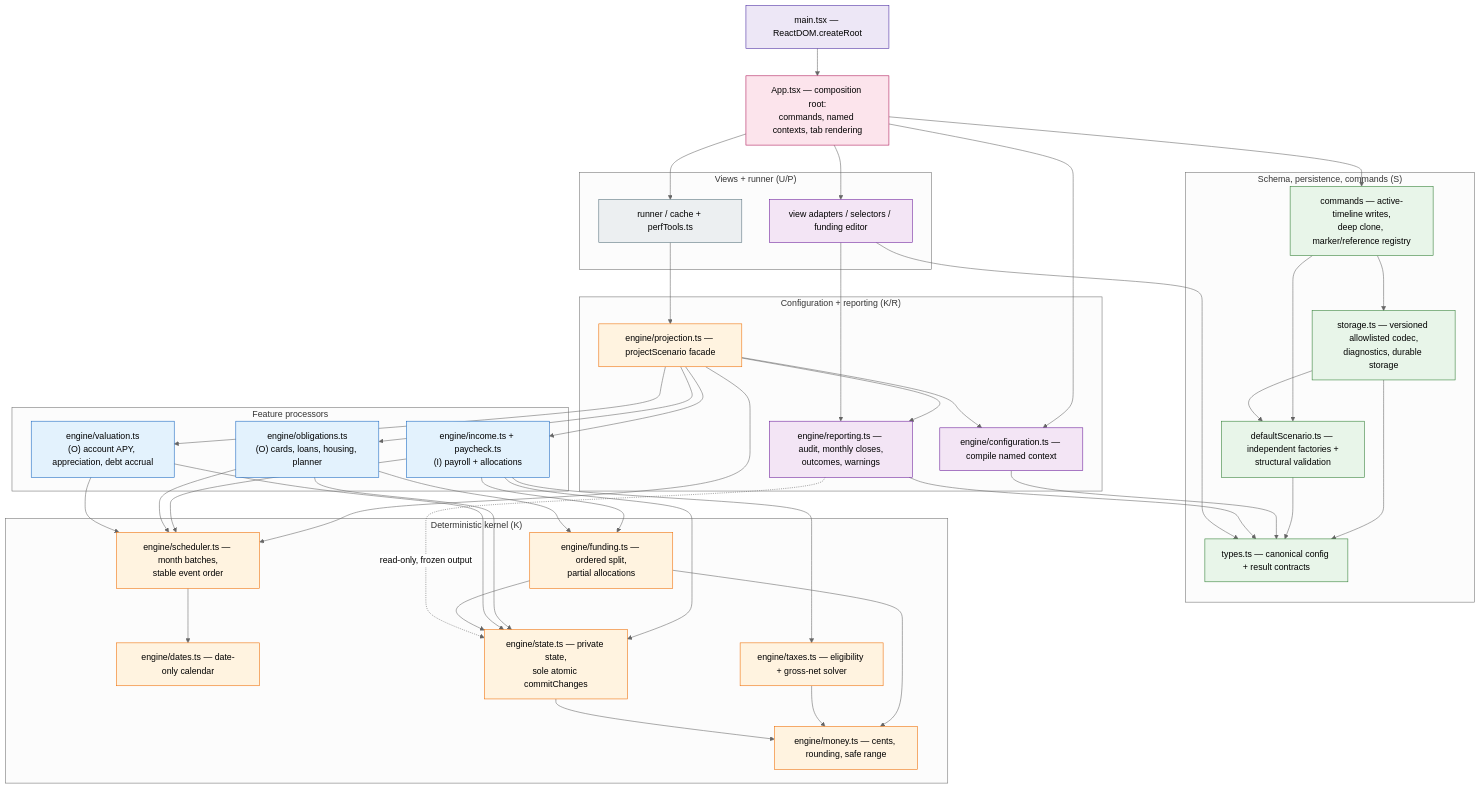
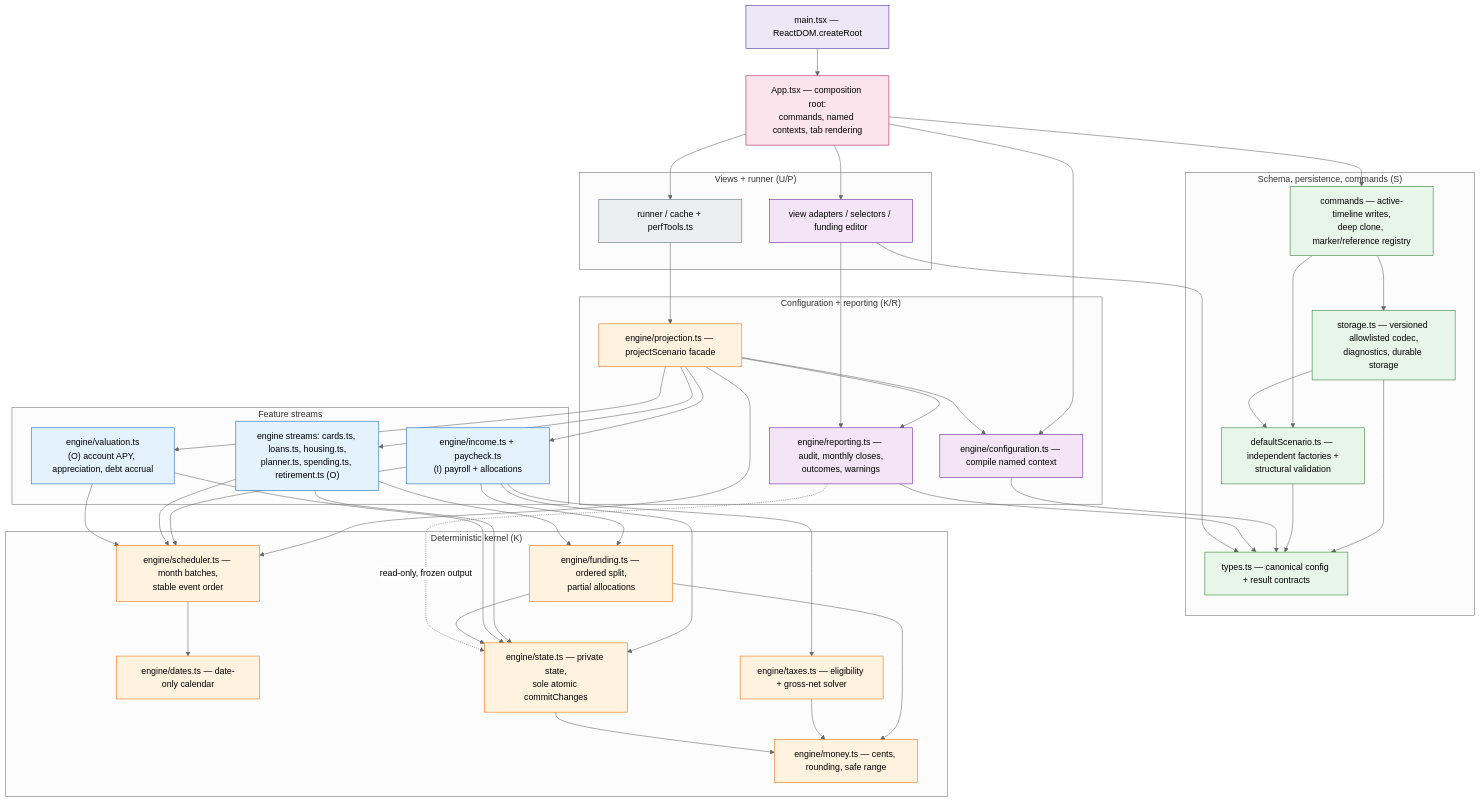
The first of 2 diagrams in refactor/README.md (DRAWNBOX/Finance-Planner), drawn with Mermaid (neutral theme) before and after one commit. The commit also changed other lines of this file and 41 other files, not shown here.

```diff
--- a/refactor/README.md
+++ b/refactor/README.md
@@ -65,9 +85,9 @@
     Scheduler["engine/scheduler.ts — month batches,<br/>stable event order"]:::kernel
   end
 
-  subgraph Streams["Feature processors"]
+  subgraph Streams["Feature streams"]
     Income["engine/income.ts + paycheck.ts<br/>(I) payroll + allocations"]:::stream
-    Obligations["engine/obligations.ts<br/>(O) cards, loans, housing, planner"]:::stream
+    Obligations["engine streams: cards.ts, loans.ts, housing.ts,<br/>planner.ts, spending.ts, retirement.ts (O)"]:::stream
     Valuation["engine/valuation.ts<br/>(O) account APY, appreciation, debt accrual"]:::stream
   end
 
```
